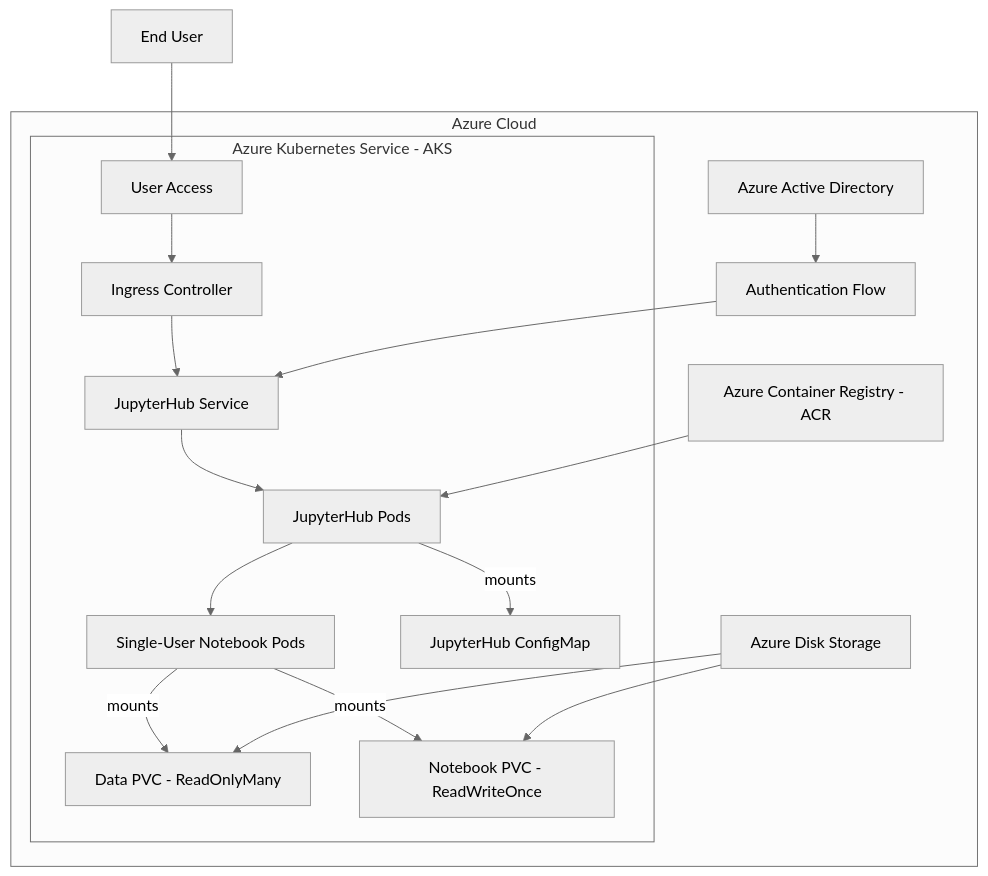
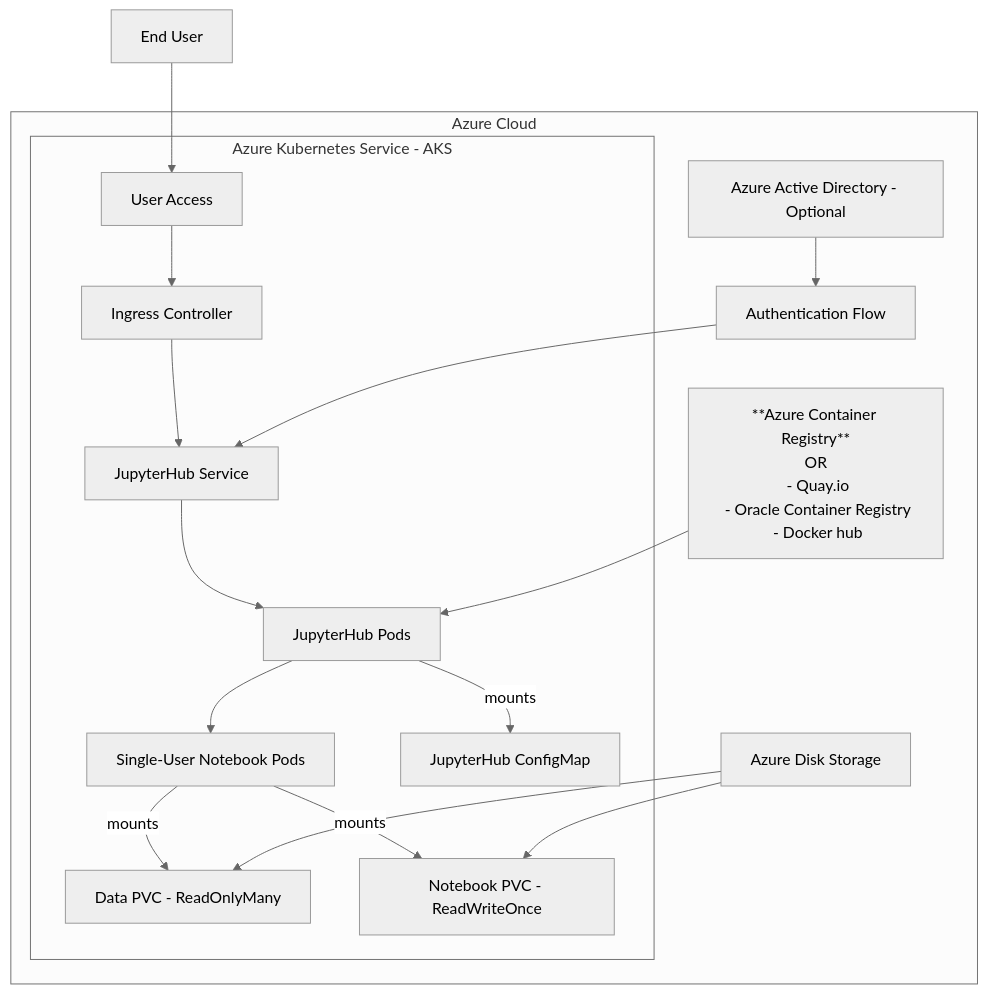
One commit to MalikAljabu/Job-Call-12724-Technical-Interview-Okose changed the first of 2 diagrams in Helm-Chart-Implementation-to-Deploy-JupyterHub/Live-Demo/README.md. Above: the diagram before and after it, drawn with Mermaid (neutral theme). The commit also changed other lines of this file and 14 other files, not shown here.

Commit message:
Create and Demo our Helm Chart

````diff
--- a/Helm-Chart-Implementation-to-Deploy-JupyterHub/Live-Demo/README.md
+++ b/Helm-Chart-Implementation-to-Deploy-JupyterHub/Live-Demo/README.md
@@ -28,30 +28,30 @@
 ```mermaid
 graph TD
     %% Top-level user
     User[End User] --> A[User Access]
 
     %% Azure Cloud Environment
     subgraph "Azure Cloud"
     
         %% Azure Kubernetes Service Cluster
         subgraph "Azure Kubernetes Service - AKS"
             A --> B[Ingress Controller]
             B --> C[JupyterHub Service]
             C --> D[JupyterHub Pods]
             D --> E[Single-User Notebook Pods]
             
             %% Mounts
             D -- "mounts" --> F[JupyterHub ConfigMap]
             E -- "mounts" --> G[Data PVC - ReadOnlyMany]
             E -- "mounts" --> H[Notebook PVC - ReadWriteOnce]
         end
 
-        %% External Azure Services
-        I[Azure Container Registry - ACR] --> D
+        %% External Azure Services and or other services
+        I[**Azure Container Registry**</br> OR </br> - Quay.io</br> - Oracle Container Registry</br> - Docker hub</br>] --> D
         J[Azure Disk Storage] --> G
         J --> H
 
-        K[Azure Active Directory] --> L[Authentication Flow]
+        K[Azure Active Directory - Optional] --> L[Authentication Flow]
         L --> C
     end
 ```
````
